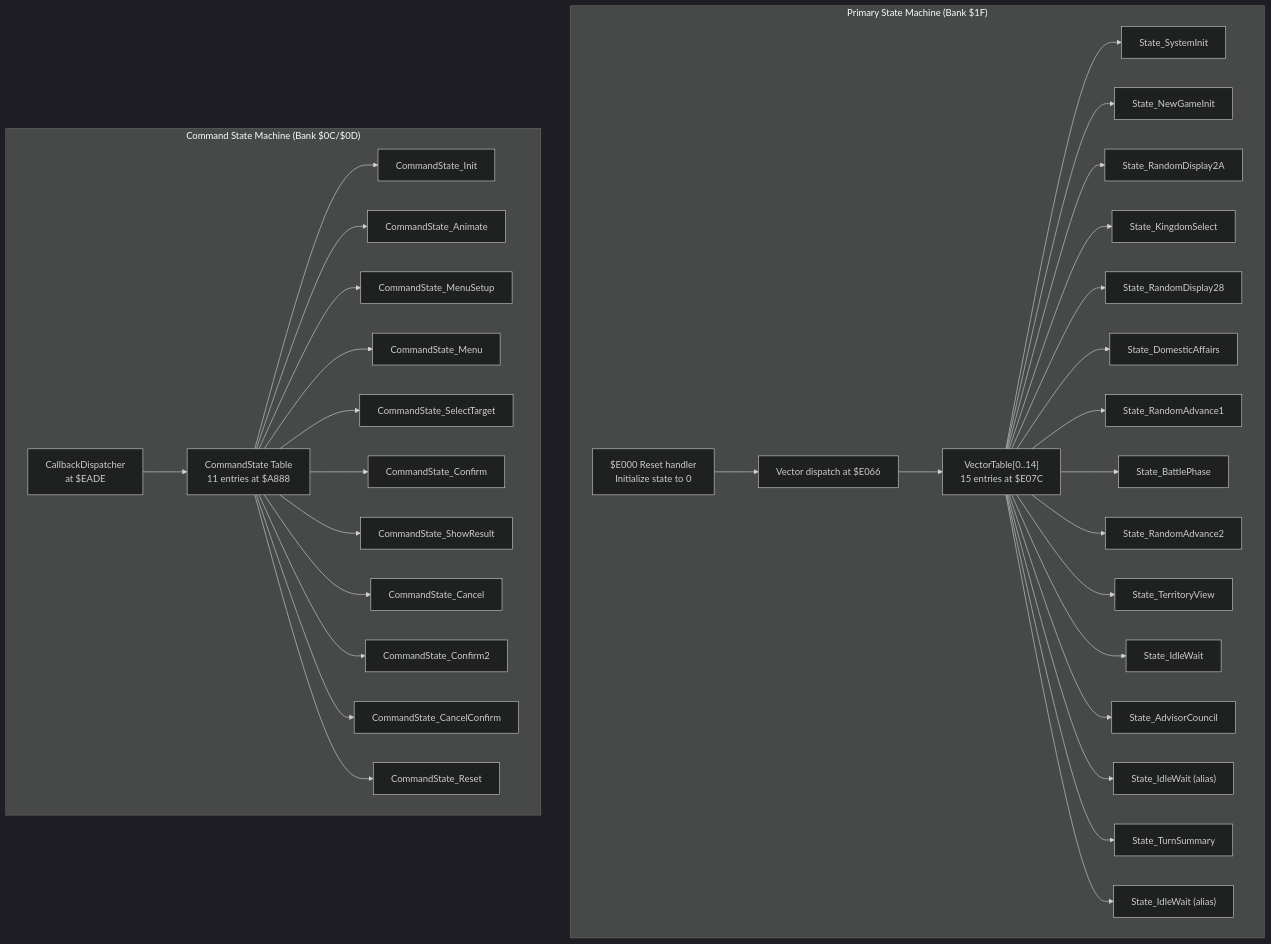
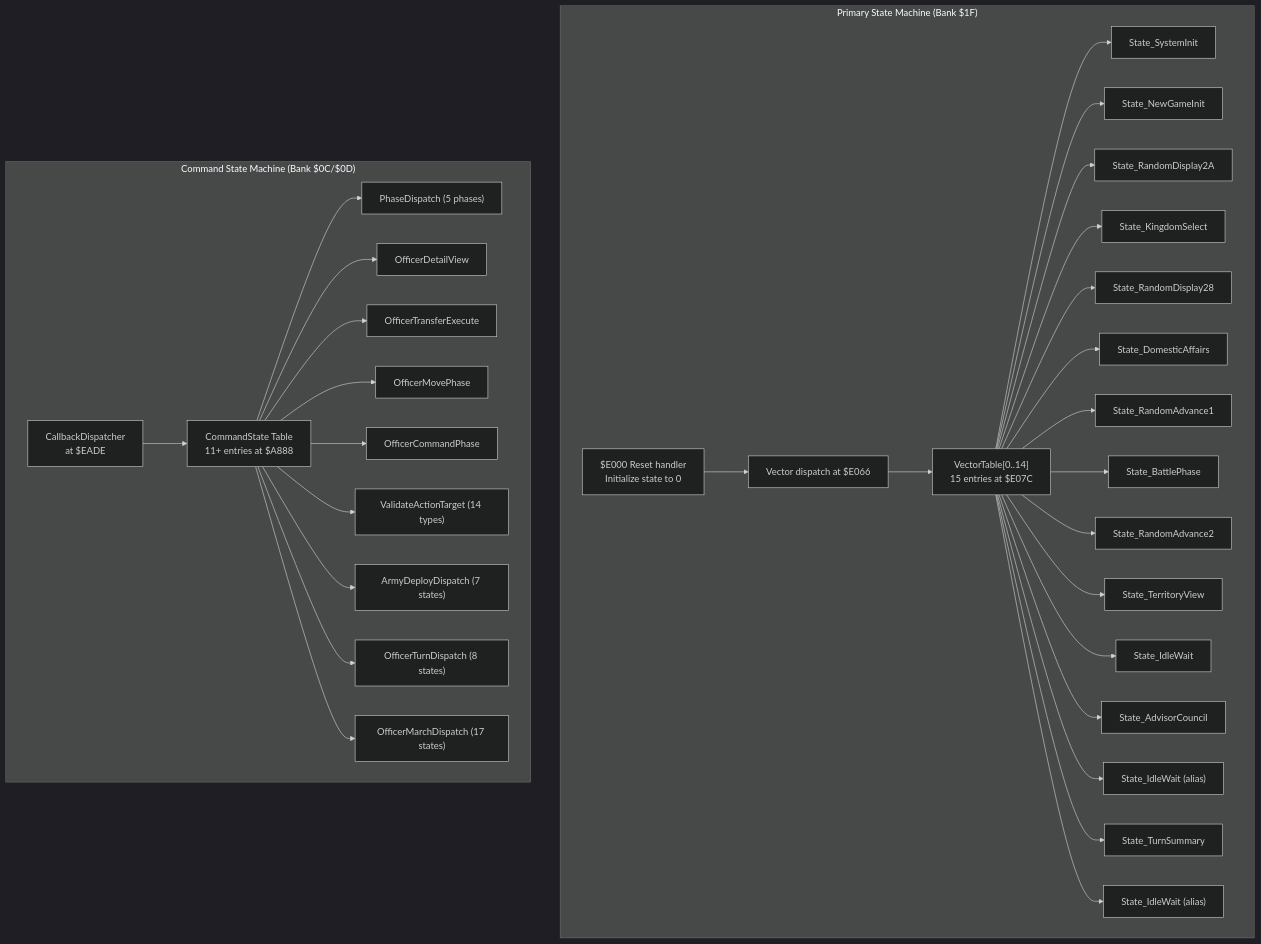
The first of 7 diagrams in .qoder/repowiki/en/content/Game State Management/State Machine Architecture/State Machine Architecture.md (rabbyzero/sango2dasm), drawn with Mermaid (dark theme) before and after one commit. The commit also changed other lines of this file and 34 other files, not shown here.

````diff
--- a/.qoder/repowiki/en/content/Game State Management/State Machine Architecture/State Machine Architecture.md
+++ b/.qoder/repowiki/en/content/Game State Management/State Machine Architecture/State Machine Architecture.md
@@ -43,36 +47,34 @@
 ```mermaid
 graph TB
 subgraph "Primary State Machine (Bank $1F)"
 Reset["$E000 Reset handler<br/>Initialize state to 0"] --> Dispatch["Vector dispatch at $E066"]
 Dispatch --> VT["VectorTable[0..14]<br/>15 entries at $E07C"]
 VT --> S0["State_SystemInit"]
 VT --> S1["State_NewGameInit"]
 VT --> S2["State_RandomDisplay2A"]
 VT --> S3["State_KingdomSelect"]
 VT --> S4["State_RandomDisplay28"]
 VT --> S5["State_DomesticAffairs"]
 VT --> S6["State_RandomAdvance1"]
 VT --> S7["State_BattlePhase"]
 VT --> S8["State_RandomAdvance2"]
 VT --> S9["State_TerritoryView"]
 VT --> S10["State_IdleWait"]
 VT --> S11["State_AdvisorCouncil"]
 VT --> S12["State_IdleWait (alias)"]
 VT --> S13["State_TurnSummary"]
 VT --> S14["State_IdleWait (alias)"]
 end
 subgraph "Command State Machine (Bank $0C/$0D)"
-CmdDispatch["CallbackDispatcher<br/>at $EADE"] --> CmdVT["CommandState Table<br/>11 entries at $A888"]
-CmdVT --> CS0["CommandState_Init"]
-CmdVT --> CS1["CommandState_Animate"]
-CmdVT --> CS2["CommandState_MenuSetup"]
-CmdVT --> CS3["CommandState_Menu"]
-CmdVT --> CS4["CommandState_SelectTarget"]
-CmdVT --> CS5["CommandState_Confirm"]
-CmdVT --> CS6["CommandState_ShowResult"]
-CmdVT --> CS7["CommandState_Cancel"]
-CmdVT --> CS8["CommandState_Confirm2"]
-CmdVT --> CS9["CommandState_CancelConfirm"]
-CmdVT --> CS10["CommandState_Reset"]
+CmdDispatch["CallbackDispatcher<br/>at $EADE"] --> CmdVT["CommandState Table<br/>11+ entries at $A888"]
+CmdVT --> CS0["PhaseDispatch (5 phases)"]
+CmdVT --> CS1["OfficerDetailView"]
+CmdVT --> CS2["OfficerTransferExecute"]
+CmdVT --> CS3["OfficerMovePhase"]
+CmdVT --> CS4["OfficerCommandPhase"]
+CmdVT --> CS5["ValidateActionTarget (14 types)"]
+CmdVT --> CS6["ArmyDeployDispatch (7 states)"]
+CmdVT --> CS7["OfficerTurnDispatch (8 states)"]
+CmdVT --> CS8["OfficerMarchDispatch (17 states)"]
 end
 ```
````
